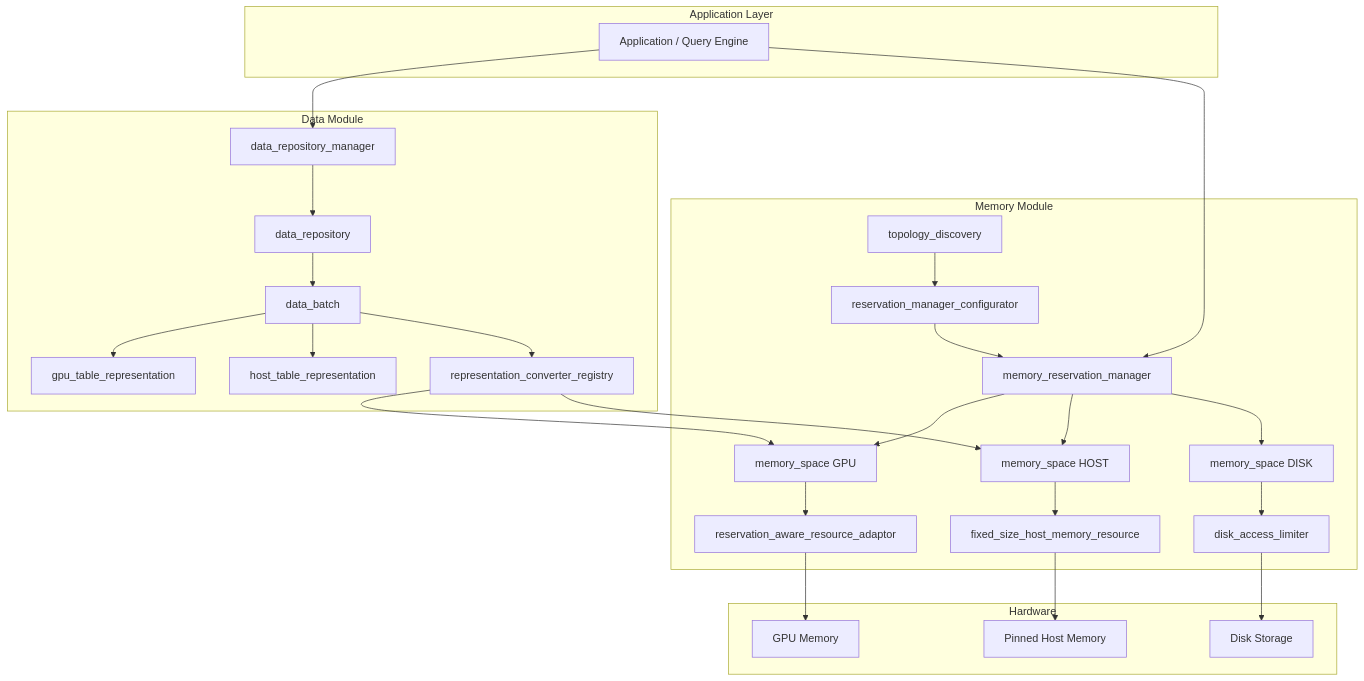
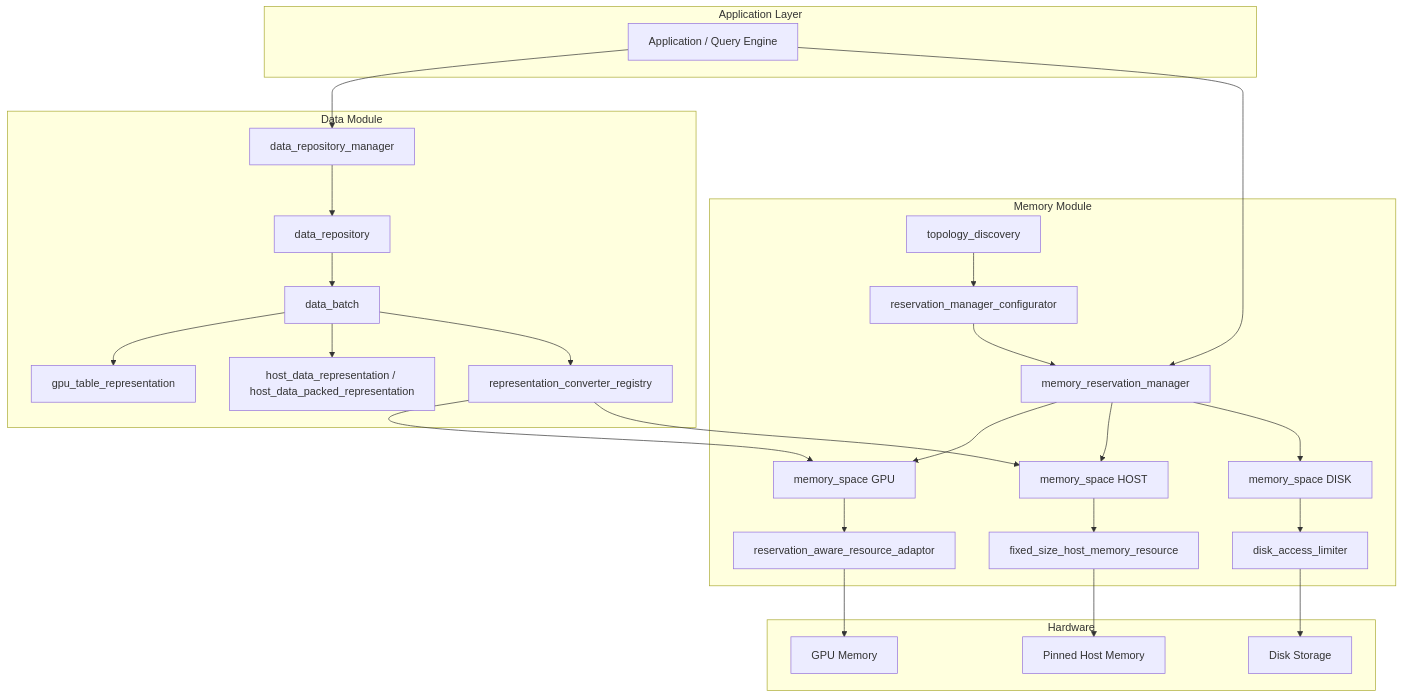
Before and after one commit to NVIDIA/cuCascade: the first of 3 diagrams in docs/ARCHITECTURE.md, drawn with Mermaid. The commit also changed other lines of this file and 14 other files, not shown here.

First line of the commit message:
Add direct-copy host representation and fast GPU↔Host converters

````diff
--- a/docs/ARCHITECTURE.md
+++ b/docs/ARCHITECTURE.md
@@ -39,58 +39,58 @@
 ```mermaid
 graph TB
     subgraph "Application Layer"
         APP[Application / Query Engine]
     end
 
     subgraph "Data Module"
         DRM[data_repository_manager]
         DR[data_repository]
         DB[data_batch]
         RC[representation_converter_registry]
         GPU_REP[gpu_table_representation]
-        HOST_REP[host_table_representation]
+        HOST_REP[host_data_representation / host_data_packed_representation]
     end
 
     subgraph "Memory Module"
         MRM[memory_reservation_manager]
         MS_GPU[memory_space GPU]
         MS_HOST[memory_space HOST]
         MS_DISK[memory_space DISK]
         RARA[reservation_aware_resource_adaptor]
         FSHMR[fixed_size_host_memory_resource]
         DAL[disk_access_limiter]
         TD[topology_discovery]
         RMC[reservation_manager_configurator]
     end
 
     subgraph "Hardware"
         GPU_MEM[GPU Memory]
         HOST_MEM[Pinned Host Memory]
         DISK_MEM[Disk Storage]
     end
 
     APP --> DRM
     APP --> MRM
     DRM --> DR
     DR --> DB
     DB --> GPU_REP
     DB --> HOST_REP
     DB --> RC
 
     MRM --> MS_GPU
     MRM --> MS_HOST
     MRM --> MS_DISK
     TD --> RMC
     RMC --> MRM
 
     MS_GPU --> RARA
     MS_HOST --> FSHMR
     MS_DISK --> DAL
 
     RARA --> GPU_MEM
     FSHMR --> HOST_MEM
     DAL --> DISK_MEM
 
     RC --> MS_GPU
     RC --> MS_HOST
 ```
````
